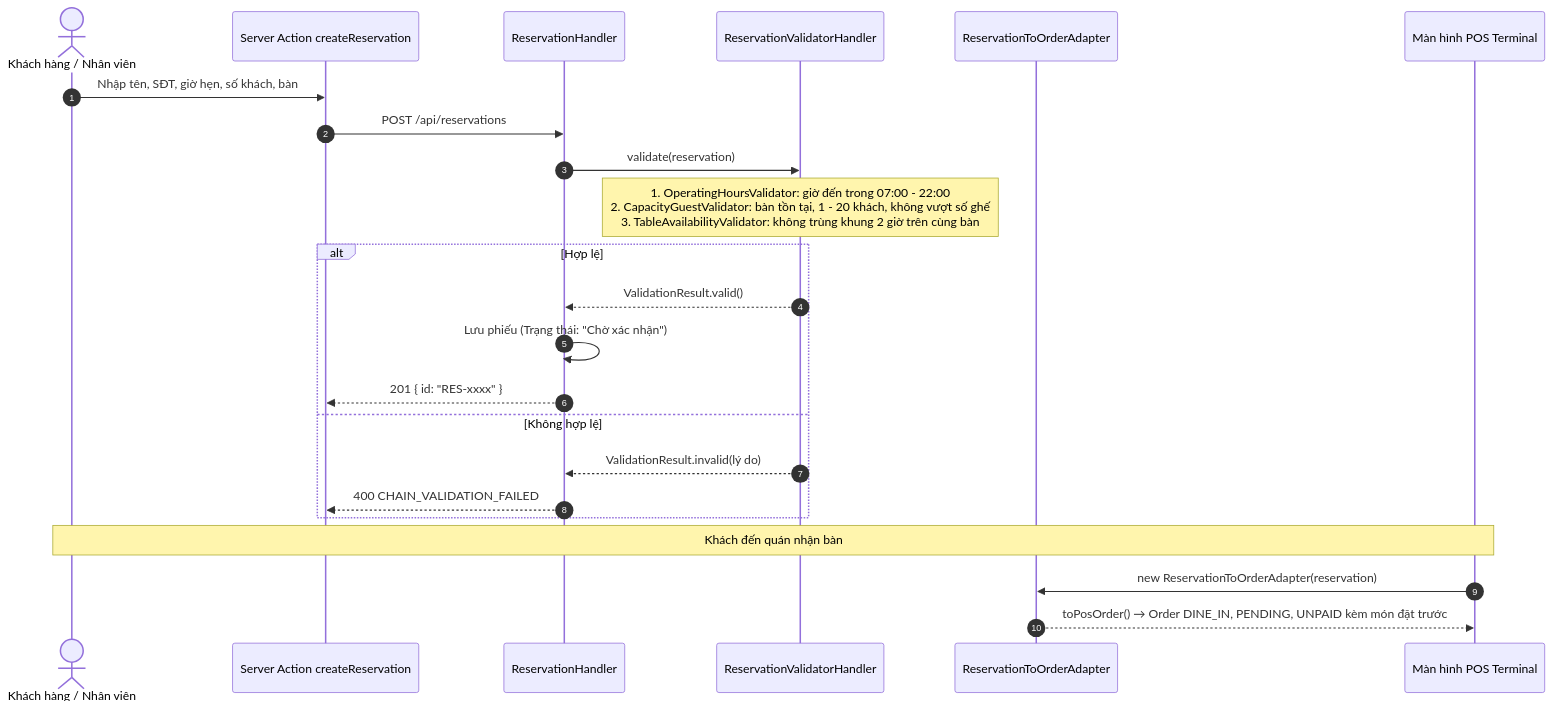
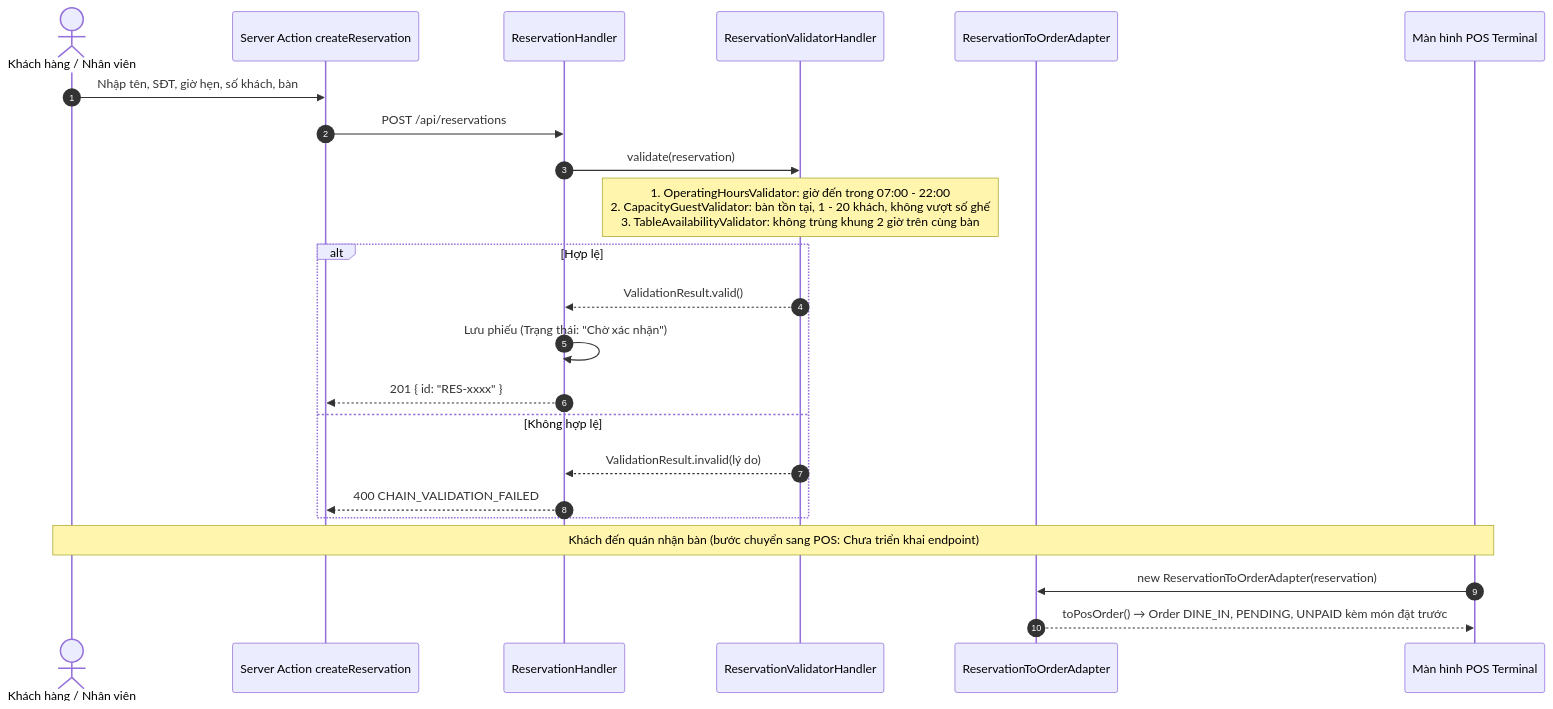
The third of 3 diagrams in docs/ARCHITECTURE.md (HubertPhung/WebQuanLyQuanCafe-DesignPatterns), drawn with Mermaid before and after one commit. The commit also changed other lines of this file and 12 other files, not shown here.

````diff
--- a/docs/ARCHITECTURE.md
+++ b/docs/ARCHITECTURE.md
@@ -217,29 +180,29 @@
 ```mermaid
 sequenceDiagram
     autonumber
     actor Customer as Khách hàng / Nhân viên
     participant WebUI as Server Action createReservation
     participant Handler as ReservationHandler
     participant Chain as ReservationValidatorHandler
     participant Adapter as ReservationToOrderAdapter
     participant PosUI as Màn hình POS Terminal
 
     Customer->>WebUI: Nhập tên, SĐT, giờ hẹn, số khách, bàn
     WebUI->>Handler: POST /api/reservations
     Handler->>Chain: validate(reservation)
 
     Note over Chain: 1. OperatingHoursValidator: giờ đến trong 07:00 - 22:00<br/>2. CapacityGuestValidator: bàn tồn tại, 1 - 20 khách, không vượt số ghế<br/>3. TableAvailabilityValidator: không trùng khung 2 giờ trên cùng bàn
 
     alt Hợp lệ
         Chain-->>Handler: ValidationResult.valid()
         Handler->>Handler: Lưu phiếu (Trạng thái: "Chờ xác nhận")
         Handler-->>WebUI: 201 { id: "RES-xxxx" }
     else Không hợp lệ
         Chain-->>Handler: ValidationResult.invalid(lý do)
         Handler-->>WebUI: 400 CHAIN_VALIDATION_FAILED
     end
 
-    Note over Customer,PosUI: Khách đến quán nhận bàn
+    Note over Customer,PosUI: Khách đến quán nhận bàn (bước chuyển sang POS: Chưa triển khai endpoint)
     PosUI->>Adapter: new ReservationToOrderAdapter(reservation)
     Adapter-->>PosUI: toPosOrder() → Order DINE_IN, PENDING, UNPAID kèm món đặt trước
 ```
````
